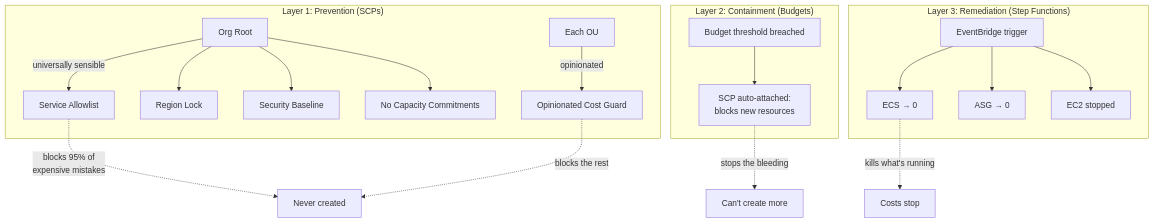
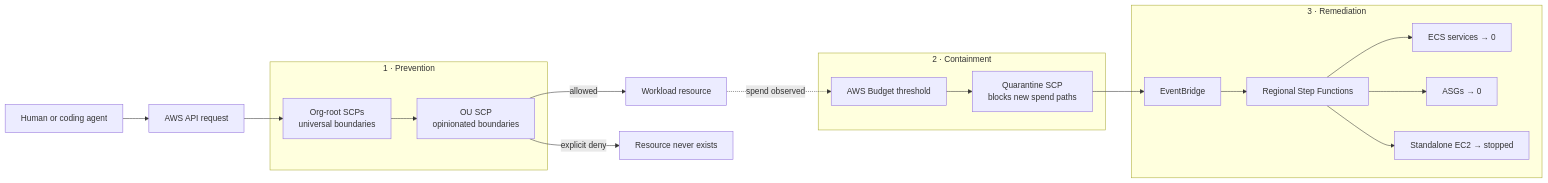
The first of 2 diagrams in README.md (realcloudnative/personal-aws-guardrails), drawn with Mermaid before and after one commit. The commit also changed other lines of this file, not shown here.

Commit message:
Restructure README around tenets and architecture

````diff
--- a/README.md
+++ b/README.md
@@ -63,25 +85,27 @@
 ```mermaid
-graph TD
-    subgraph "Layer 1: Prevention (SCPs)"
-        O[Org Root] -->|universally sensible| A1[Service Allowlist]
-        O --> A2[Region Lock]
-        O --> A3[Security Baseline]
-        O --> A4[No Capacity Commitments]
-        OU[Each OU] -->|opinionated| B1[Opinionated Cost Guard]
+flowchart LR
+    Agent[Human or coding agent] --> API[AWS API request]
+
+    subgraph Prevention[1 · Prevention]
+      Root[Org-root SCPs<br/>universal boundaries]
+      OU[OU SCP<br/>opinionated boundaries]
     end
-    
-    subgraph "Layer 2: Containment (Budgets)"
-        C1[Budget threshold breached] --> C2[SCP auto-attached:<br/>blocks new resources]
+
+    API --> Root --> OU
+    OU -->|allowed| Resource[Workload resource]
+    OU -->|explicit deny| Never[Resource never exists]
+
+    subgraph Containment[2 · Containment]
+      Budget[AWS Budget threshold] --> Quarantine[Quarantine SCP<br/>blocks new spend paths]
     end
-    
-    subgraph "Layer 3: Remediation (Step Functions)"
-        D1[EventBridge trigger] --> D2[ECS → 0]
-        D1 --> D3[ASG → 0]
-        D1 --> D4[EC2 stopped]
+
+    subgraph Remediation[3 · Remediation]
+      Event[EventBridge] --> SF[Regional Step Functions]
+      SF --> ECS[ECS services → 0]
+      SF --> ASG[ASGs → 0]
+      SF --> EC2[Standalone EC2 → stopped]
     end
-    
-    A1 -.->|"blocks 95% of<br/>expensive mistakes"| X[Never created]
-    B1 -.->|"blocks the rest"| X
-    C2 -.->|"stops the bleeding"| Y[Can't create more]
-    D2 -.->|"kills what's running"| Z[Costs stop]
+
+    Resource -. spend observed .-> Budget
+    Quarantine --> Event
 ```
````
